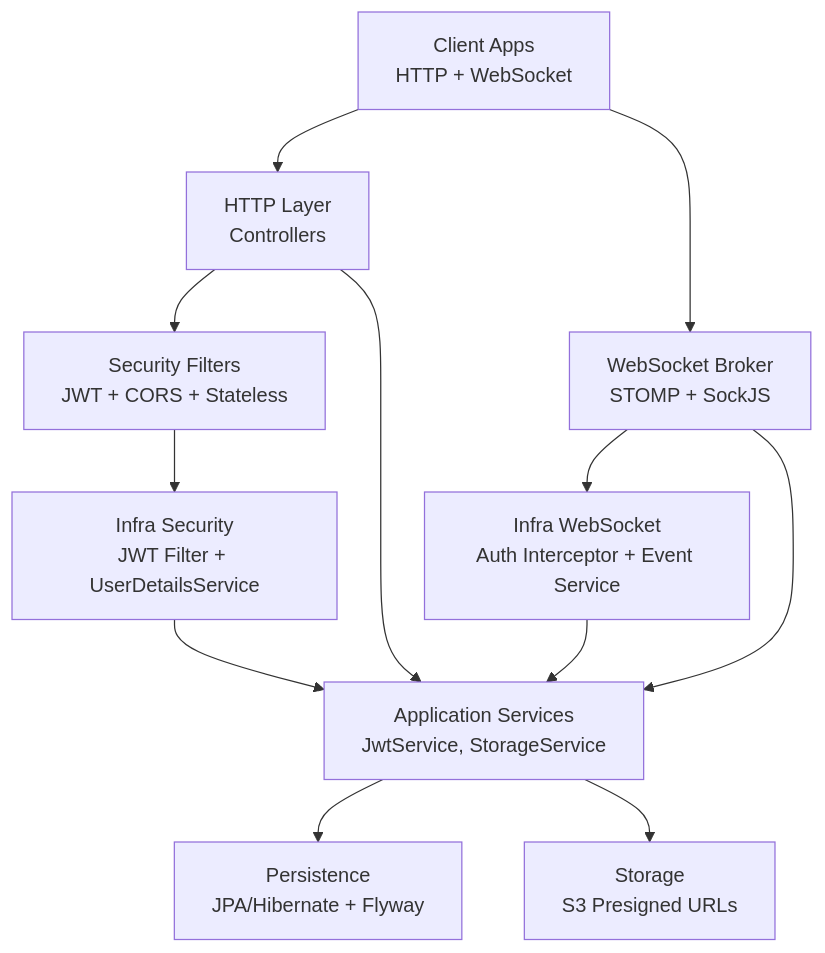
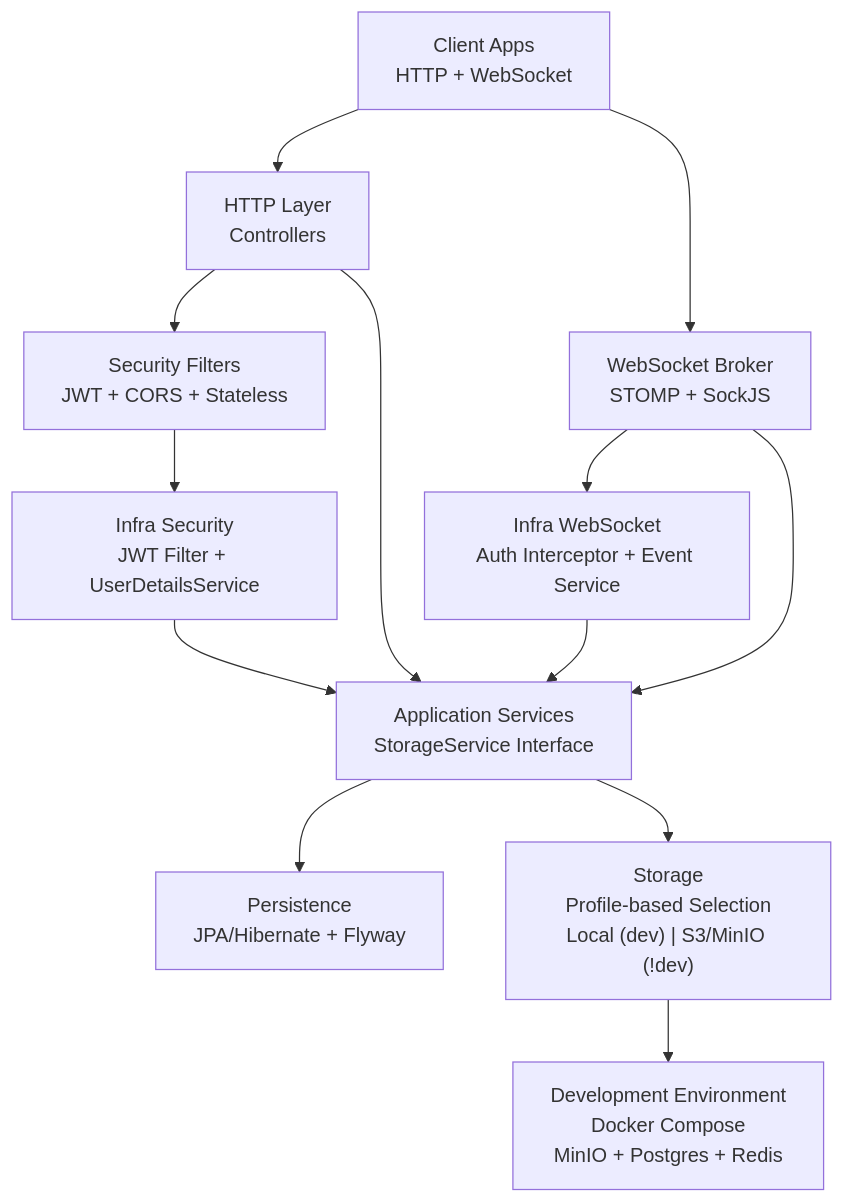
Before and after one commit to Vostrikov2014/vks-qoder: the second of 7 diagrams in .qoder/repowiki/en/content/Backend Modules/Infrastructure Layer/Infrastructure Layer.md, drawn with Mermaid. The commit also changed other lines of this file and 11 other files, not shown here.

````diff
--- a/.qoder/repowiki/en/content/Backend Modules/Infrastructure Layer/Infrastructure Layer.md
+++ b/.qoder/repowiki/en/content/Backend Modules/Infrastructure Layer/Infrastructure Layer.md
@@ -112,23 +131,25 @@
 ```mermaid
 graph TB
 Client["Client Apps<br/>HTTP + WebSocket"]
 HTTP["HTTP Layer<br/>Controllers"]
 SEC["Security Filters<br/>JWT + CORS + Stateless"]
 WS["WebSocket Broker<br/>STOMP + SockJS"]
-APP["Application Services<br/>JwtService, StorageService"]
+APP["Application Services<br/>StorageService Interface"]
 INFRA_WS["Infra WebSocket<br/>Auth Interceptor + Event Service"]
 INFRA_SEC["Infra Security<br/>JWT Filter + UserDetailsService"]
 PERSIST["Persistence<br/>JPA/Hibernate + Flyway"]
-STORE["Storage<br/>S3 Presigned URLs"]
+STORE["Storage<br/>Profile-based Selection<br/>Local (dev) | S3/MinIO (!dev)"]
+DEV_ENV["Development Environment<br/>Docker Compose<br/>MinIO + Postgres + Redis"]
 Client --> HTTP
 Client --> WS
 HTTP --> SEC
 WS --> INFRA_WS
 SEC --> INFRA_SEC
 HTTP --> APP
 WS --> APP
 APP --> PERSIST
 APP --> STORE
 INFRA_WS --> APP
 INFRA_SEC --> APP
+STORE --> DEV_ENV
 ```
````
